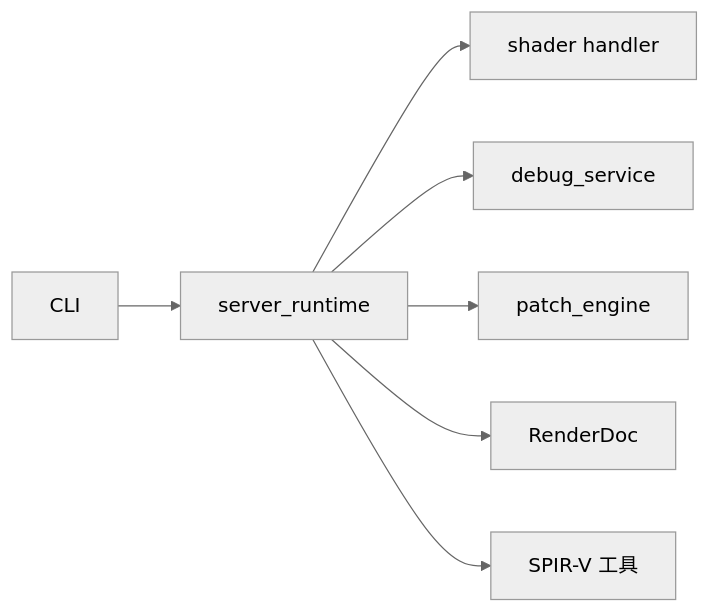
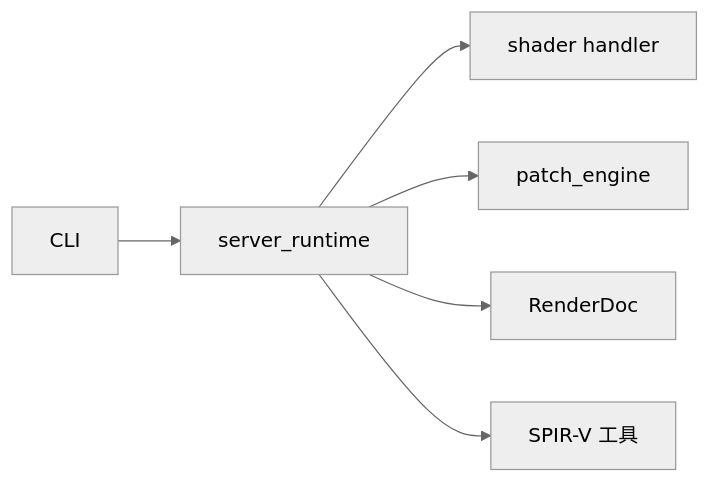
Before and after one commit to haolange/RDC-Tool: the eighth of 8 diagrams in .qoder/repowiki/zh/content/CLI参考手册/着色器调试命令.md, drawn with Mermaid (neutral theme). The commit also changed other lines of this file and 79 other files, not shown here.

````diff
--- a/.qoder/repowiki/zh/content/CLI参考手册/着色器调试命令.md
+++ b/.qoder/repowiki/zh/content/CLI参考手册/着色器调试命令.md
@@ -267,9 +269,8 @@
 ```mermaid
 graph LR
 CLI["CLI"] --> SR["server_runtime"]
 SR --> SH["shader handler"]
-SR --> DS["debug_service"]
 SR --> PE["patch_engine"]
 SR --> RD["RenderDoc"]
 SR --> SV["SPIR-V 工具"]
 ```
````
